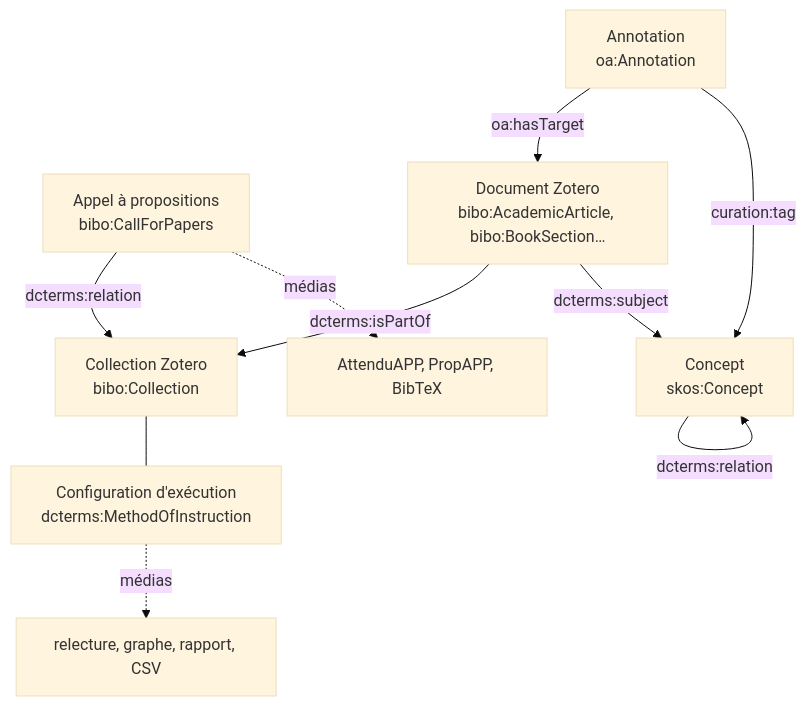
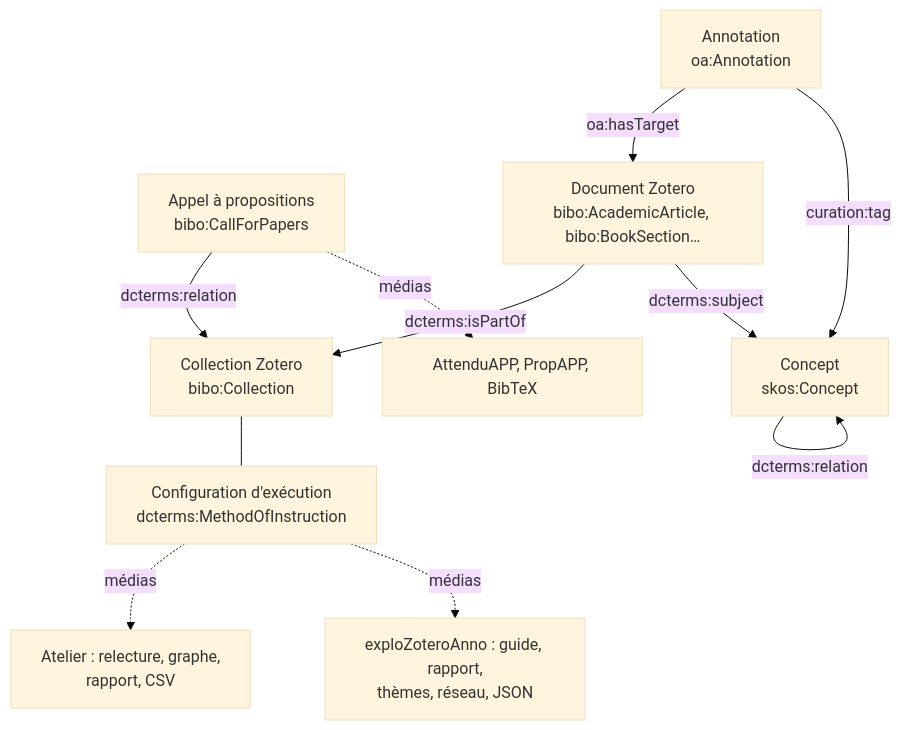
One commit to samszo/ecosysteme-agents-recherche changed the fifth of 5 diagrams in docs/utilisateur.md. Above: the diagram before and after it, drawn with Mermaid (base theme). The commit also changed other lines of this file and 10 other files, not shown here.

````diff
--- a/docs/utilisateur.md
+++ b/docs/utilisateur.md
@@ -249,12 +265,13 @@
 ```mermaid
 flowchart TD
     COL[Collection Zotero<br/>bibo:Collection] --- CFG[Configuration d'exécution<br/>dcterms:MethodOfInstruction]
     AAP[Appel à propositions<br/>bibo:CallForPapers] -- dcterms:relation --> COL
     DOC[Document Zotero<br/>bibo:AcademicArticle, bibo:BookSection…] -- dcterms:isPartOf --> COL
     ANN[Annotation<br/>oa:Annotation] -- oa:hasTarget --> DOC
     DOC -- dcterms:subject --> CON[Concept<br/>skos:Concept]
     ANN -- curation:tag --> CON
     CON -- dcterms:relation --> CON
     AAP -. médias .-> M1[AttenduAPP, PropAPP, BibTeX]
-    CFG -. médias .-> M2[relecture, graphe, rapport, CSV]
+    CFG -. médias .-> M2[Atelier : relecture, graphe,<br/>rapport, CSV]
+    CFG -. médias .-> M3[exploZoteroAnno : guide, rapport,<br/>thèmes, réseau, JSON]
 ```
````
